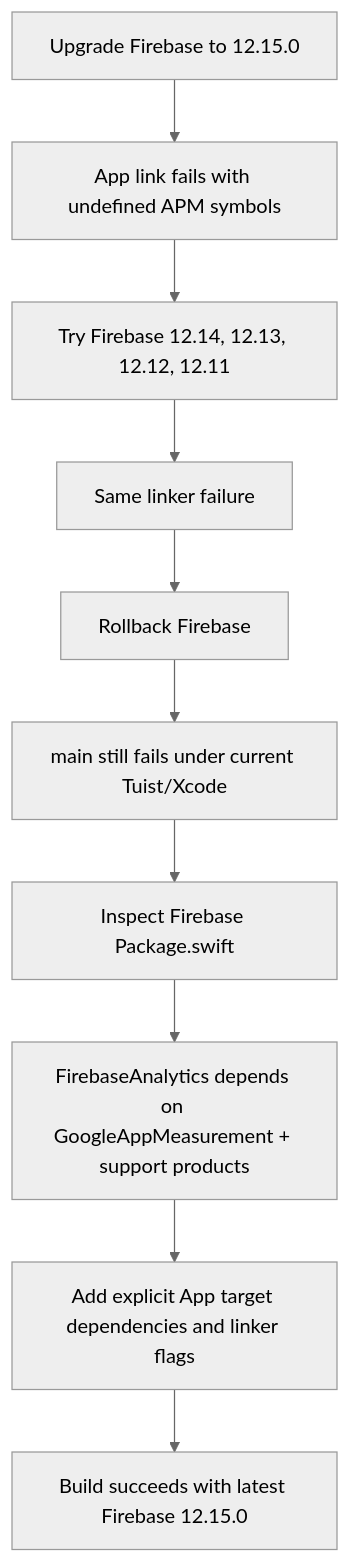
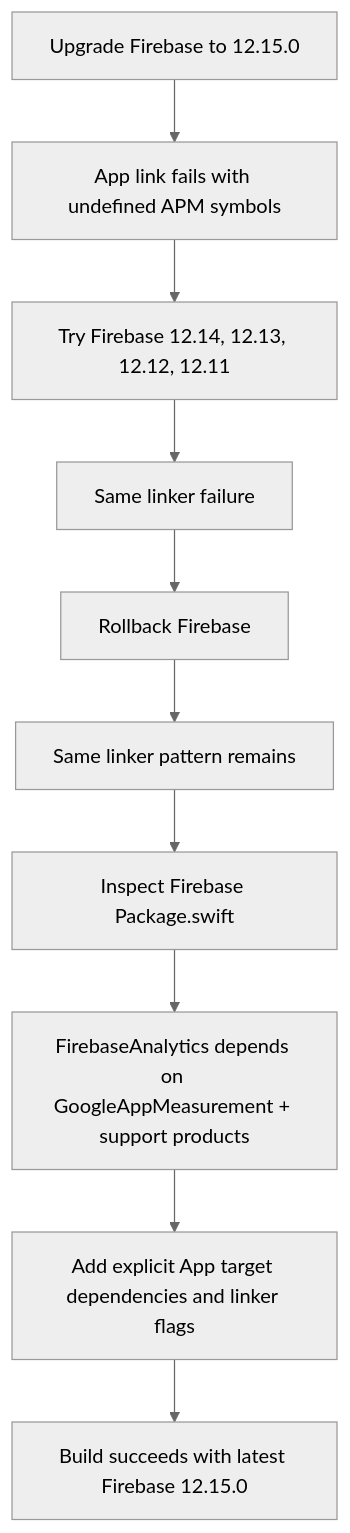
Before and after one commit to 2sem/WhoCallMe: the diagram in articles/fixing-firebaseanalytics-linker-failures.md, drawn with Mermaid (neutral theme). The commit also changed other lines of this file, not shown here.

Commit message:
docs: clarify Firebase linker failure cause (#53)

````diff
--- a/articles/fixing-firebaseanalytics-linker-failures.md
+++ b/articles/fixing-firebaseanalytics-linker-failures.md
@@ -99,12 +93,12 @@
 ```mermaid
 flowchart TD
     A[Upgrade Firebase to 12.15.0] --> B[App link fails with undefined APM symbols]
     B --> C[Try Firebase 12.14, 12.13, 12.12, 12.11]
     C --> D[Same linker failure]
     D --> E[Rollback Firebase]
-    E --> F[main still fails under current Tuist/Xcode]
+    E --> F[Same linker pattern remains]
     F --> G[Inspect Firebase Package.swift]
     G --> H[FirebaseAnalytics depends on GoogleAppMeasurement + support products]
     H --> I[Add explicit App target dependencies and linker flags]
     I --> J[Build succeeds with latest Firebase 12.15.0]
 ```
````
